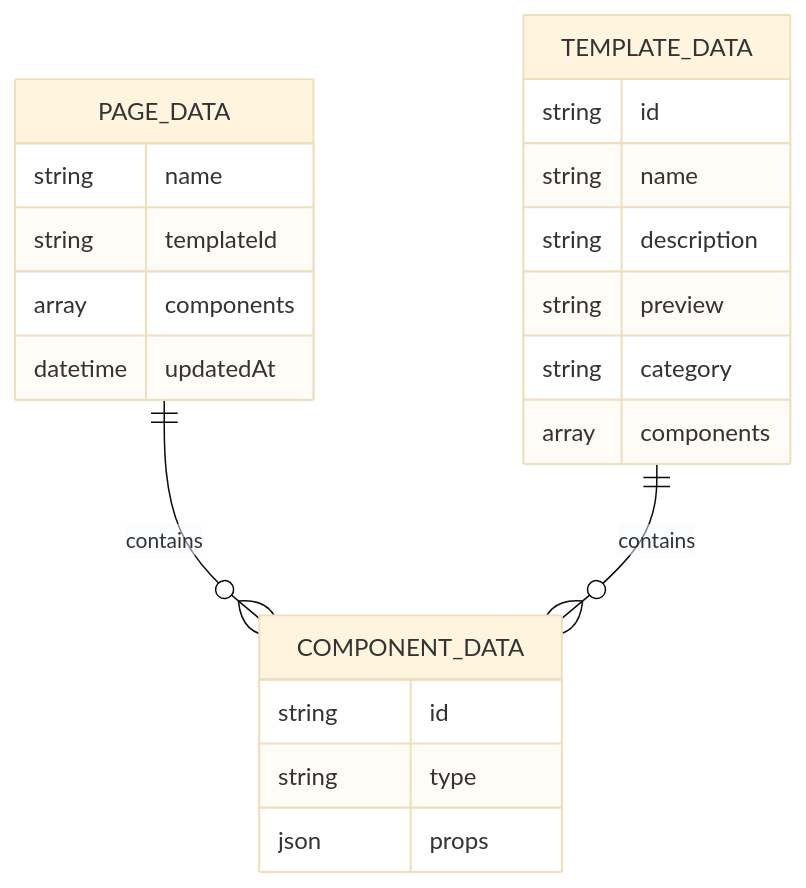
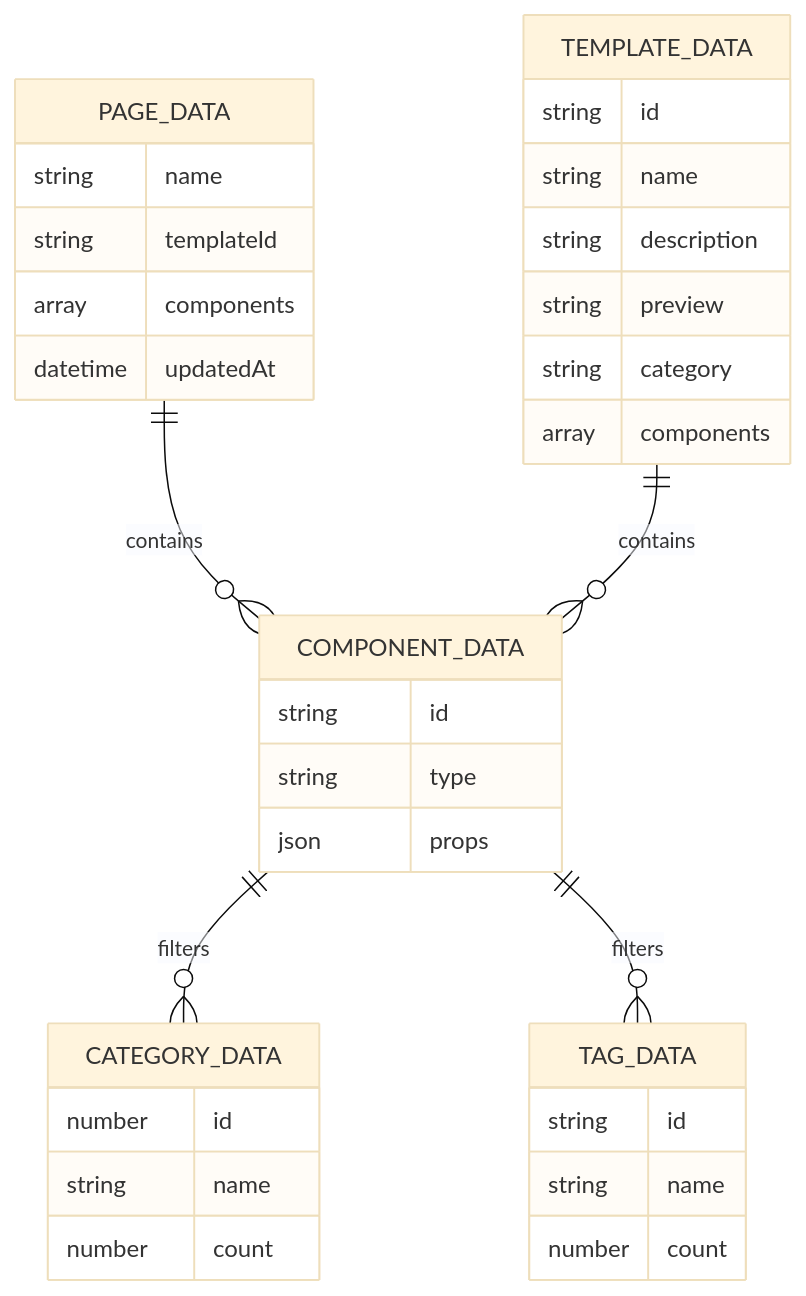
Before and after one commit to wyg5208/website_diy: the tenth of 10 diagrams in .qoder/repowiki/zh/content/前端组件系统/拖拽编辑器.md, drawn with Mermaid (base theme). The commit also changed other lines of this file and 109 other files, not shown here.

````diff
--- a/.qoder/repowiki/zh/content/前端组件系统/拖拽编辑器.md
+++ b/.qoder/repowiki/zh/content/前端组件系统/拖拽编辑器.md
@@ -386,24 +624,36 @@
 ```mermaid
 erDiagram
 PAGE_DATA {
 string name
 string templateId
 array components
 datetime updatedAt
 }
 COMPONENT_DATA {
 string id
 string type
 json props
 }
 TEMPLATE_DATA {
 string id
 string name
 string description
 string preview
 string category
 array components
 }
+CATEGORY_DATA {
+number id
+string name
+number count
+}
+TAG_DATA {
+string id
+string name
+number count
+}
 PAGE_DATA ||--o{ COMPONENT_DATA : contains
 TEMPLATE_DATA ||--o{ COMPONENT_DATA : contains
+COMPONENT_DATA ||--o{ CATEGORY_DATA : filters
+COMPONENT_DATA ||--o{ TAG_DATA : filters
 ```
````
